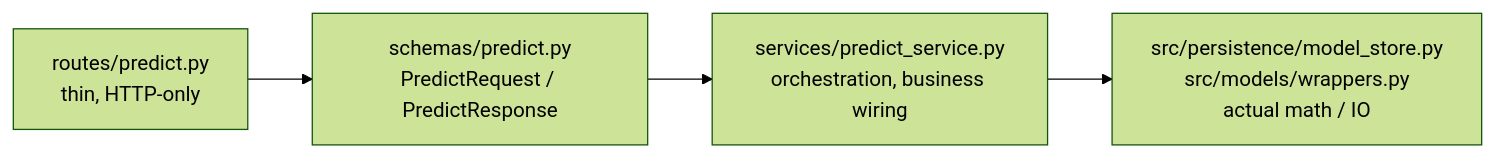
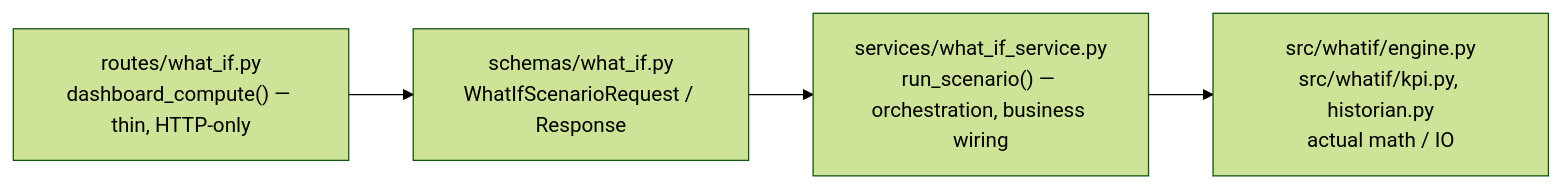
The second of 5 diagrams in docs/ARCHITECTURE.md (Ankur-Yadav09/What_If_Platform), drawn with Mermaid (forest theme) before and after one commit. The commit also changed other lines of this file and 27 other files, not shown here.

````diff
--- a/docs/ARCHITECTURE.md
+++ b/docs/ARCHITECTURE.md
@@ -46,6 +46,6 @@
 ```mermaid
 graph LR
-    R["routes/predict.py<br/>thin, HTTP-only"] --> Sc["schemas/predict.py<br/>PredictRequest / PredictResponse"]
-    Sc --> Se["services/predict_service.py<br/>orchestration, business wiring"]
-    Se --> C["src/persistence/model_store.py<br/>src/models/wrappers.py<br/>actual math / IO"]
+    R["routes/what_if.py<br/>dashboard_compute() — thin, HTTP-only"] --> Sc["schemas/what_if.py<br/>WhatIfScenarioRequest / Response"]
+    Sc --> Se["services/what_if_service.py<br/>run_scenario() — orchestration, business wiring"]
+    Se --> C["src/whatif/engine.py<br/>src/whatif/kpi.py, historian.py<br/>actual math / IO"]
 ```
````
